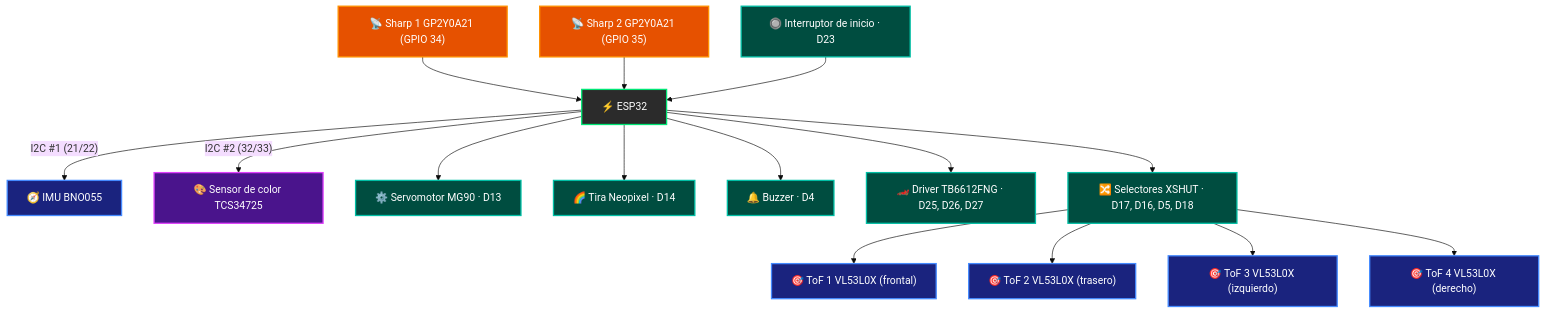
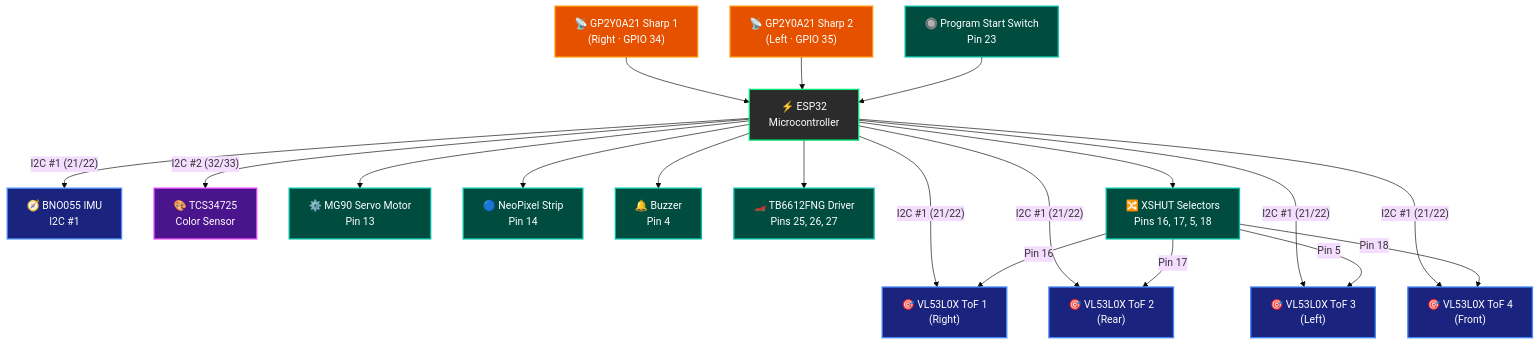
One commit to erchivox/Prometheus-Team-2026 changed the third of 18 diagrams in README.md. Above: the diagram before and after it, drawn with Mermaid (base theme). The commit also changed other lines of this file, not shown here.

````diff
--- a/README.md
+++ b/README.md
@@ -483,46 +483,51 @@
 ```mermaid
 graph TD
     classDef mcu fill:#2b2b2b,stroke:#00e676,stroke-width:2px,color:#fff;
     classDef i2c1 fill:#1a237e,stroke:#448aff,stroke-width:2px,color:#fff;
     classDef i2c2 fill:#4a148c,stroke:#e040fb,stroke-width:2px,color:#fff;
     classDef adc fill:#e65100,stroke:#ff9100,stroke-width:2px,color:#fff;
     classDef gpio fill:#004d40,stroke:#00bfa5,stroke-width:2px,color:#fff;
 
-    MCU["⚡ ESP32"]:::mcu
+    MCU["⚡ ESP32<br>Microcontroller"]:::mcu
 
-    IMU["🧭 IMU BNO055"]:::i2c1
-    TOF1["🎯 ToF 1 VL53L0X (frontal)"]:::i2c1
-    TOF2["🎯 ToF 2 VL53L0X (trasero)"]:::i2c1
-    TOF3["🎯 ToF 3 VL53L0X (izquierdo)"]:::i2c1
-    TOF4["🎯 ToF 4 VL53L0X (derecho)"]:::i2c1
+    IMU["🧭 BNO055 IMU<br>I2C #1"]:::i2c1
+    TOF1["🎯 VL53L0X ToF 1<br>(Right)"]:::i2c1
+    TOF2["🎯 VL53L0X ToF 2<br>(Rear)"]:::i2c1
+    TOF3["🎯 VL53L0X ToF 3<br>(Left)"]:::i2c1
+    TOF4["🎯 VL53L0X ToF 4<br>(Front)"]:::i2c1
 
-    COLOR["🎨 Sensor de color TCS34725"]:::i2c2
+    COLOR["🎨 TCS34725<br>Color Sensor"]:::i2c2
 
-    SHARP1["📡 Sharp 1 GP2Y0A21 (GPIO 34)"]:::adc
-    SHARP2["📡 Sharp 2 GP2Y0A21 (GPIO 35)"]:::adc
+    SHARP1["📡 GP2Y0A21 Sharp 1<br>(Right · GPIO 34)"]:::adc
+    SHARP2["📡 GP2Y0A21 Sharp 2<br>(Left · GPIO 35)"]:::adc
 
-    SERVO["⚙️ Servomotor MG90 · D13"]:::gpio
-    NEO["🌈 Tira Neopixel · D14"]:::gpio
-    BUZZER["🔔 Buzzer · D4"]:::gpio
-    SW["🔘 Interruptor de inicio · D23"]:::gpio
-    DRIVER["🏎️ Driver TB6612FNG · D25, D26, D27"]:::gpio
-    XSHUT["🔀 Selectores XSHUT · D17, D16, D5, D18"]:::gpio
+    SERVO["⚙️ MG90 Servo Motor<br>Pin 13"]:::gpio
+    NEO["🔵 NeoPixel Strip<br>Pin 14"]:::gpio
+    BUZZER["🔔 Buzzer<br>Pin 4"]:::gpio
+    SW["🔘 Program Start Switch<br>Pin 23"]:::gpio
+    DRIVER["🏎️ TB6612FNG Driver<br>Pins 25, 26, 27"]:::gpio
+    XSHUT["🔀 XSHUT Selectors<br>Pins 16, 17, 5, 18"]:::gpio
 
     MCU -- "I2C #1 (21/22)" --> IMU
+    MCU -- "I2C #1 (21/22)" --> TOF1
+    MCU -- "I2C #1 (21/22)" --> TOF2
+    MCU -- "I2C #1 (21/22)" --> TOF3
+    MCU -- "I2C #1 (21/22)" --> TOF4
+
     MCU -- "I2C #2 (32/33)" --> COLOR
 
     MCU --> XSHUT
-    XSHUT --> TOF1
-    XSHUT --> TOF2
-    XSHUT --> TOF3
-    XSHUT --> TOF4
+    XSHUT -- "Pin 16" --> TOF1
+    XSHUT -- "Pin 17" --> TOF2
+    XSHUT -- "Pin 5" --> TOF3
+    XSHUT -- "Pin 18" --> TOF4
 
     SHARP1 --> MCU
     SHARP2 --> MCU
 
     MCU --> SERVO
     MCU --> NEO
     MCU --> BUZZER
     SW --> MCU
     MCU --> DRIVER
 ```
````
